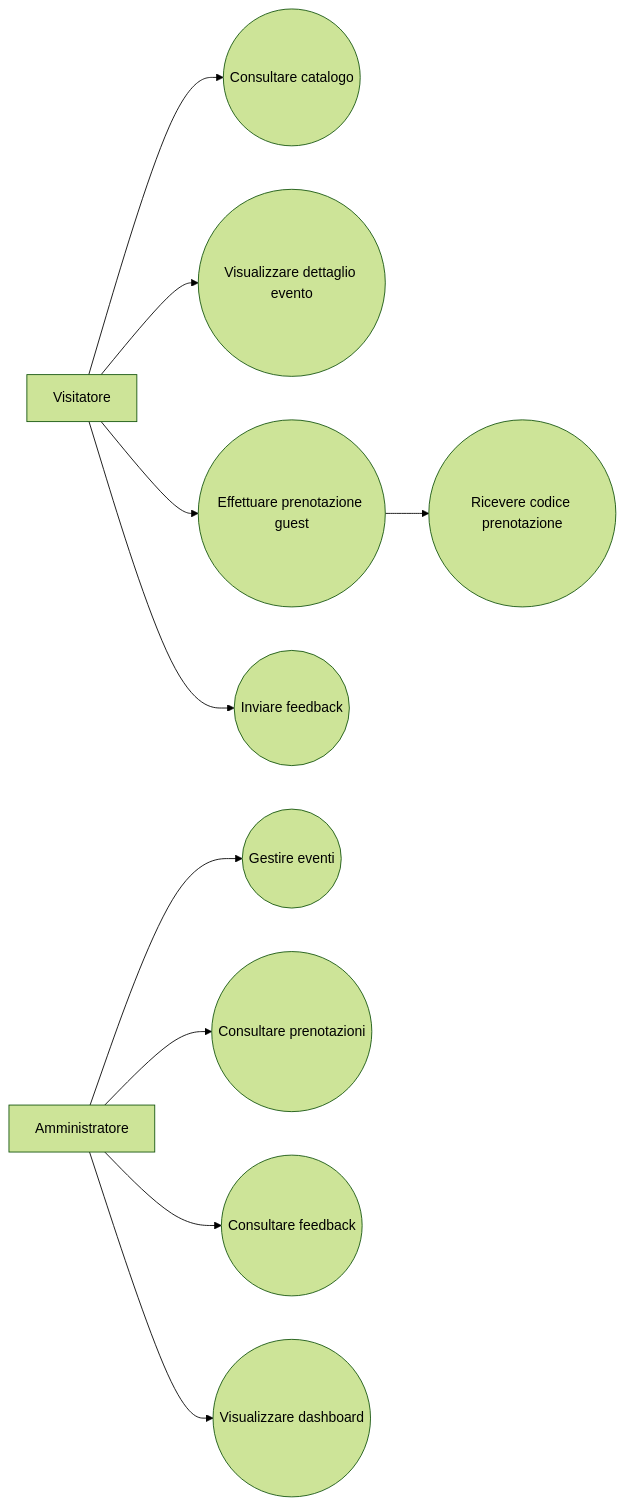
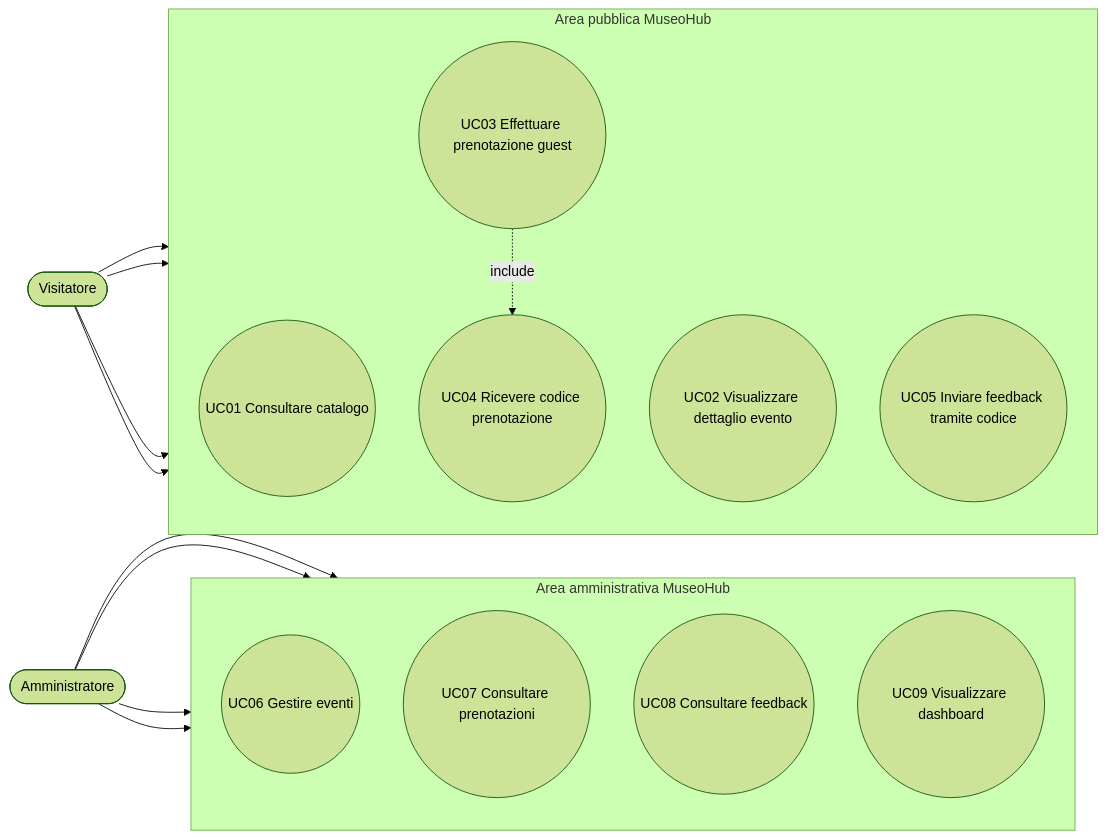
The diagram in docs/diagrams/casi-uso.md (RobertoCastelli/museo-hub), drawn with Mermaid (forest theme) before and after one commit. The commit also changed 4 other files, not shown here.

Commit message:
Update docs/*.md & diagrams v.3

````diff
--- a/docs/diagrams/casi-uso.md
+++ b/docs/diagrams/casi-uso.md
@@ -8,27 +8,33 @@
 ```mermaid
 flowchart LR
-    Visitatore[Visitatore]
-    Admin[Amministratore]
+    V([Visitatore])
+    A([Amministratore])
 
-    UC01((Consultare catalogo))
-    UC02((Visualizzare dettaglio evento))
-    UC03((Effettuare prenotazione guest))
-    UC04((Ricevere codice prenotazione))
-    UC05((Inviare feedback))
+    subgraph PUB["Area pubblica MuseoHub"]
+        direction TB
+        UC01((UC01 Consultare catalogo))
+        UC02((UC02 Visualizzare dettaglio evento))
+        UC03((UC03 Effettuare prenotazione guest))
+        UC04((UC04 Ricevere codice prenotazione))
+        UC05((UC05 Inviare feedback tramite codice))
+    end
 
-    UC06((Gestire eventi))
-    UC07((Consultare prenotazioni))
-    UC08((Consultare feedback))
-    UC09((Visualizzare dashboard))
+    subgraph ADM["Area amministrativa MuseoHub"]
+        direction TB
+        UC06((UC06 Gestire eventi))
+        UC07((UC07 Consultare prenotazioni))
+        UC08((UC08 Consultare feedback))
+        UC09((UC09 Visualizzare dashboard))
+    end
 
-    Visitatore --> UC01
-    Visitatore --> UC02
-    Visitatore --> UC03
-    UC03 --> UC04
-    Visitatore --> UC05
+    V --> UC01
+    V --> UC02
+    V --> UC03
+    UC03 -. include .-> UC04
+    V --> UC05
 
-    Admin --> UC06
-    Admin --> UC07
-    Admin --> UC08
-    Admin --> UC09
+    A --> UC06
+    A --> UC07
+    A --> UC08
+    A --> UC09
 ```
````
